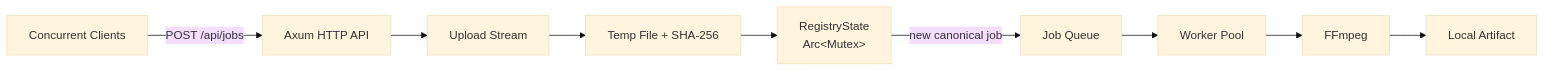
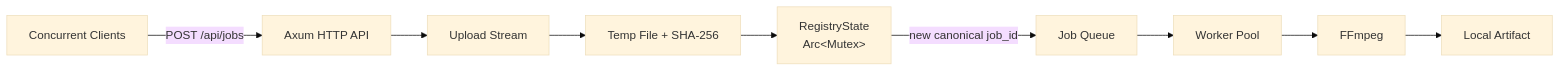
One commit to jollidah/syspref-ingest changed the first of 5 diagrams in README.md. Above: the diagram before and after it, drawn with Mermaid (base theme). The commit also changed other lines of this file and 3 other files, not shown here.

````diff
--- a/README.md
+++ b/README.md
@@ -21,11 +34,11 @@
 ```mermaid
 flowchart LR
     C["Concurrent Clients"] -->|"POST /api/jobs"| API["Axum HTTP API"]
     API --> U["Upload Stream"]
     U --> H["Temp File + SHA-256"]
     H --> R["RegistryState<br/>Arc&lt;Mutex&gt;"]
-    R -->|"new canonical job"| Q["Job Queue"]
+    R -->|"new canonical job_id"| Q["Job Queue"]
     Q --> W["Worker Pool"]
     W --> F["FFmpeg"]
     F --> A["Local Artifact"]
 ```
````
